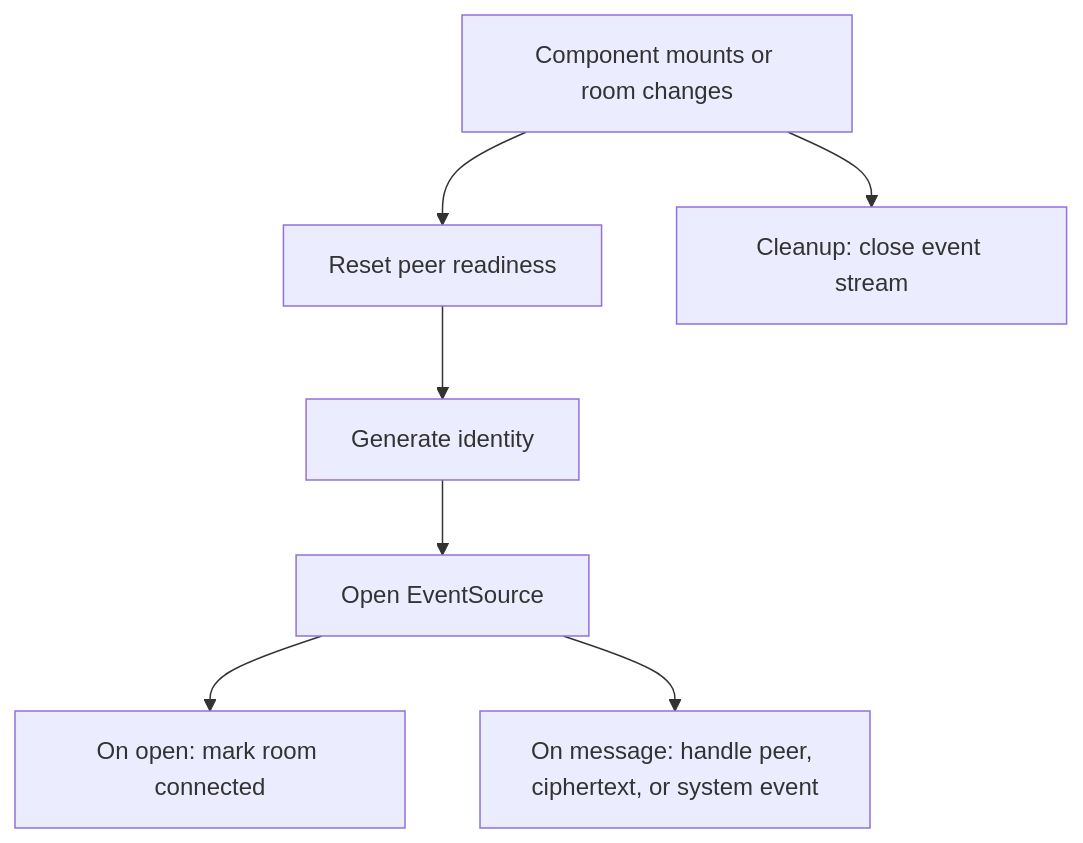
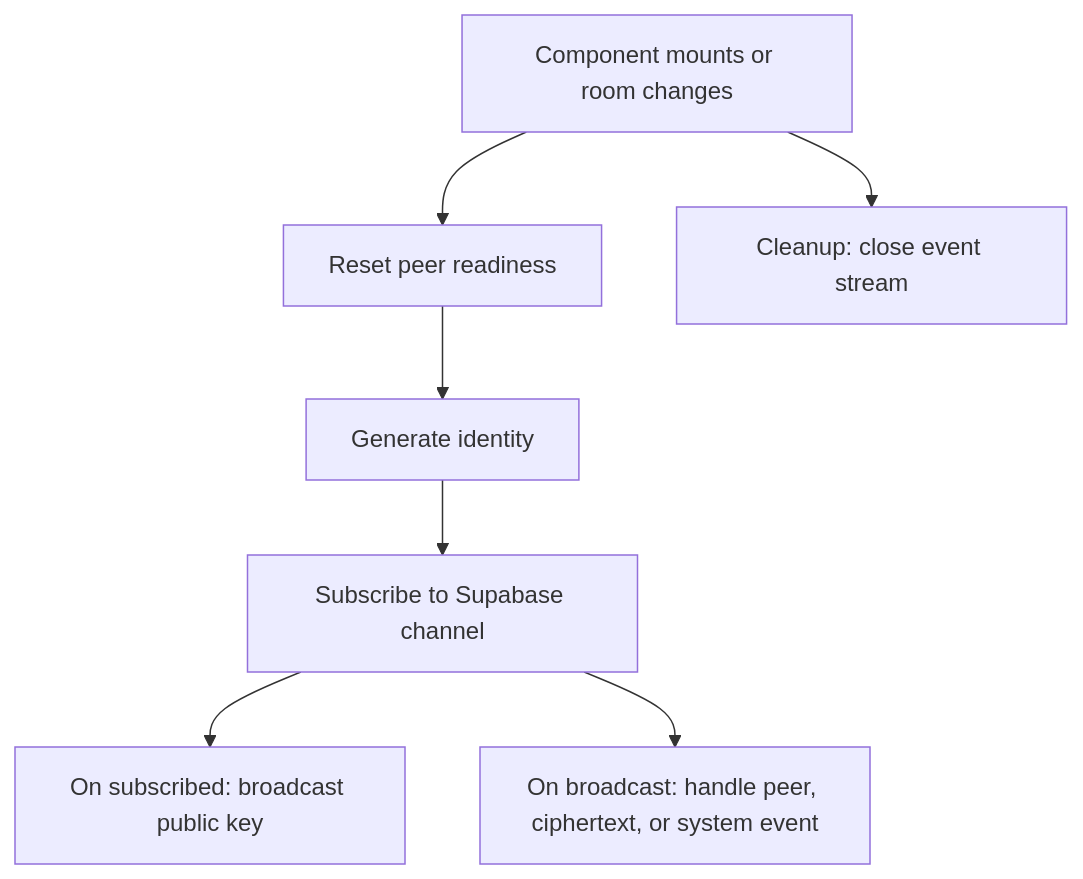
The first of 2 diagrams in docs/web-app.md (matthewlovestocode/e2echat), drawn with Mermaid before and after one commit. The commit also changed other lines of this file and 19 other files, not shown here.

````diff
--- a/docs/web-app.md
+++ b/docs/web-app.md
@@ -64,14 +61,14 @@
 ```mermaid
 flowchart TD
   mount["Component mounts or room changes"]
   reset["Reset peer readiness"]
   identity["Generate identity"]
-  events["Open EventSource"]
-  open["On open: mark room connected"]
-  message["On message: handle peer, ciphertext, or system event"]
+  events["Subscribe to Supabase channel"]
+  open["On subscribed: broadcast public key"]
+  message["On broadcast: handle peer, ciphertext, or system event"]
   cleanup["Cleanup: close event stream"]
 
   mount --> reset --> identity --> events --> open
   events --> message
   mount --> cleanup
 ```
````
